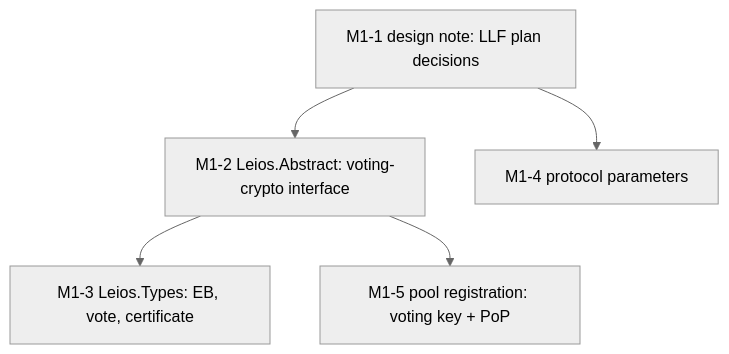
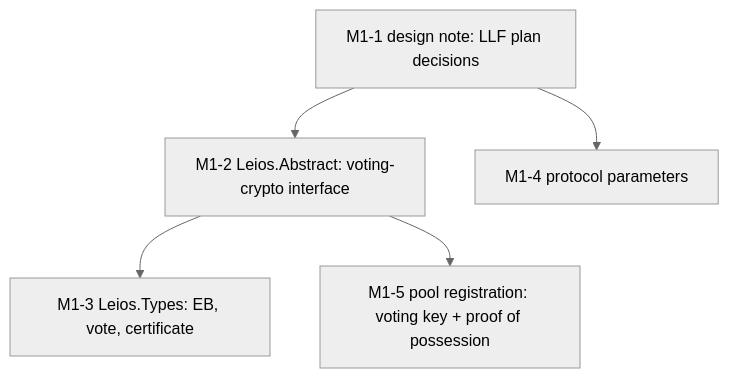
The first of 4 diagrams in docs/GITHUB_PROJECT_6WEEK.md (williamdemeo/formal-ledger-specifications), drawn with Mermaid (neutral theme) before and after one commit. The commit also changed other lines of this file, not shown here.

````diff
--- a/docs/GITHUB_PROJECT_6WEEK.md
+++ b/docs/GITHUB_PROJECT_6WEEK.md
@@ -126,10 +126,10 @@
 ```mermaid
 graph TD
   M1_1["M1-1 design note: LLF plan decisions"]
   M1_2["M1-2 Leios.Abstract: voting-crypto interface"]
   M1_3["M1-3 Leios.Types: EB, vote, certificate"]
   M1_4["M1-4 protocol parameters"]
-  M1_5["M1-5 pool registration: voting key + PoP"]
+  M1_5["M1-5 pool registration: voting key + proof of possession"]
   M1_1 --> M1_2 & M1_4
   M1_2 --> M1_3 & M1_5
 ```
````
